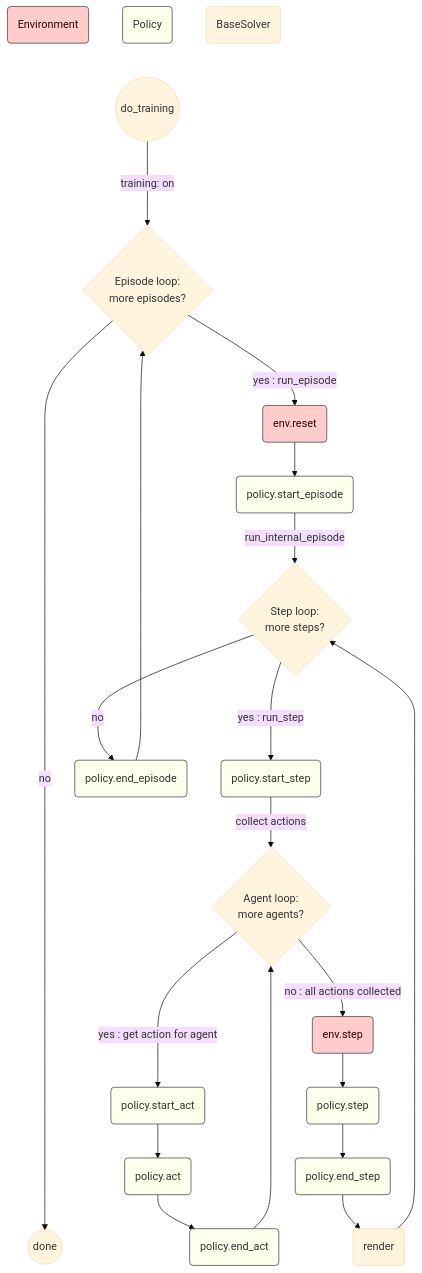
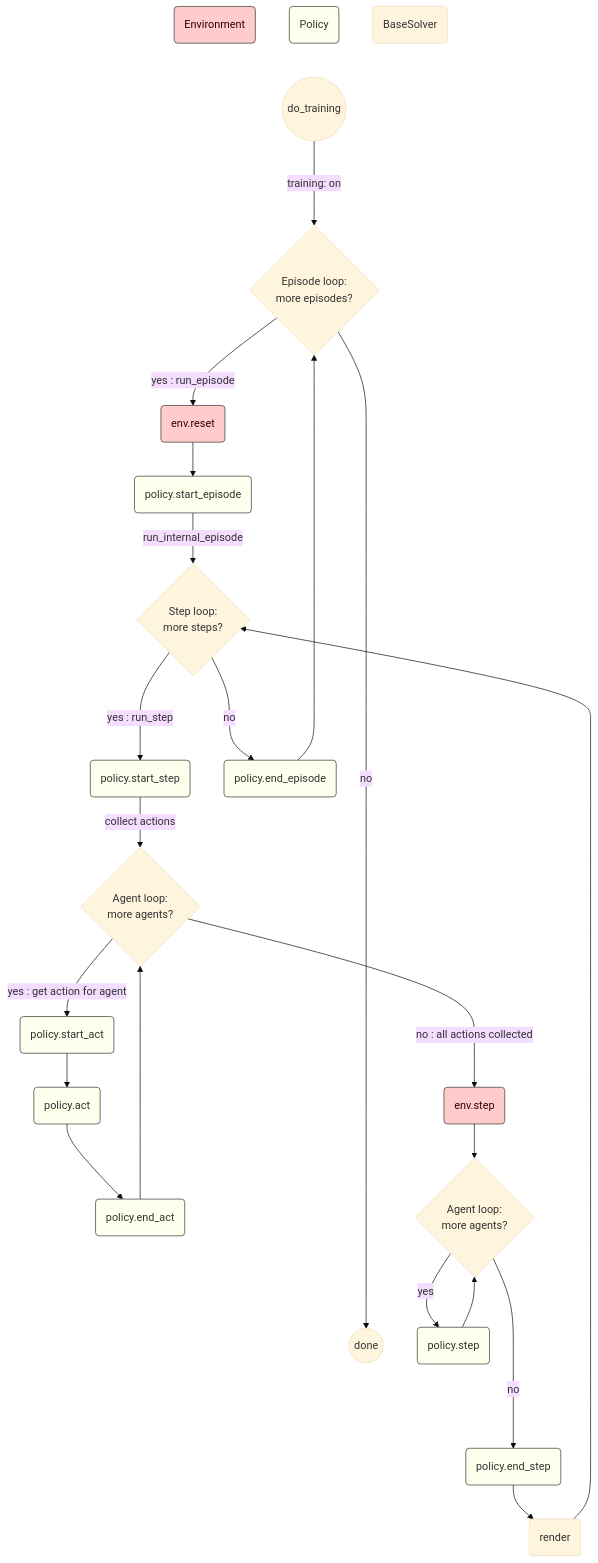
Before and after one commit to aiAdrian/flatland_solver_policy: the third of 3 diagrams in README.md, drawn with Mermaid (base theme).

Commit message:
readme "issue" fixed - up2date

````diff
--- a/README.md
+++ b/README.md
@@ -125,42 +125,44 @@
 ```mermaid
 flowchart TD
     Env(Environment)
     Policy(Policy)
     Solver(BaseSolver)
     Policy ~~~ Root
     Root((do_training))
     Root ---> |training: on| C{Episode loop:\n more episodes?}
-    C --------------> |no| End(( done ))
+    C ----------------> |no| End(( done ))
     C --> |yes : run_episode| D0(env.reset)
     D0 --> D2(policy.start_episode)
     D2 --> |run_internal_episode| E{Step loop:\n more steps?}
     F1 --> |collect actions| G{Agent loop:\n more agents?}
     E ---> |yes : run_step| F1(policy.start_step)
-    G --->  |yes : get action for agent| G1(policy.start_act)
+    G -->  |yes : get action for agent| G1(policy.start_act)
     G1 --> G2(policy.act)
     G2 --> G3(policy.end_act)
     G3 --> G
-    G --> |no : all actions collected|F2(env.step)
-    F2 --> F3(policy.step)
-    F3 --> F4(policy.end_step)
+    G ---> |no : all actions collected|F2(env.step)
+    F2 --> F21{Agent loop:\n more agents?}
+    F21 --> |yes| F3(policy.step)
+    F3 --> F21
+    F21 ----> |no| F4(policy.end_step)
     F6 --> E 
     F4 --> F6(render)
 
     E ---> |no| D4(policy.end_episode)
     D4 --> C
 
     
     style D2 fill:#ffe,stroke:#333,stroke-width:1px 
     style F1 fill:#ffe,stroke:#333,stroke-width:1px 
     style D4 fill:#ffe,stroke:#333,stroke-width:1px
     style G1 fill:#ffe,stroke:#333,stroke-width:1px 
     style G2 fill:#ffe,stroke:#333,stroke-width:1px 
     style G3 fill:#ffe,stroke:#333,stroke-width:1px 
     style F3 fill:#ffe,stroke:#333,stroke-width:1px 
     style F4 fill:#ffe,stroke:#333,stroke-width:1px 
 
     style Policy fill:#ffe,stroke:#333,stroke-width:1px 
     style D0 fill:#fcc,stroke:#333,stroke-width:1px,color:#300
     style F2 fill:#fcc,stroke:#333,stroke-width:1px,color:#300
     style Env fill:#fcc,stroke:#333,stroke-width:1px,color:#300        
 ```
````
